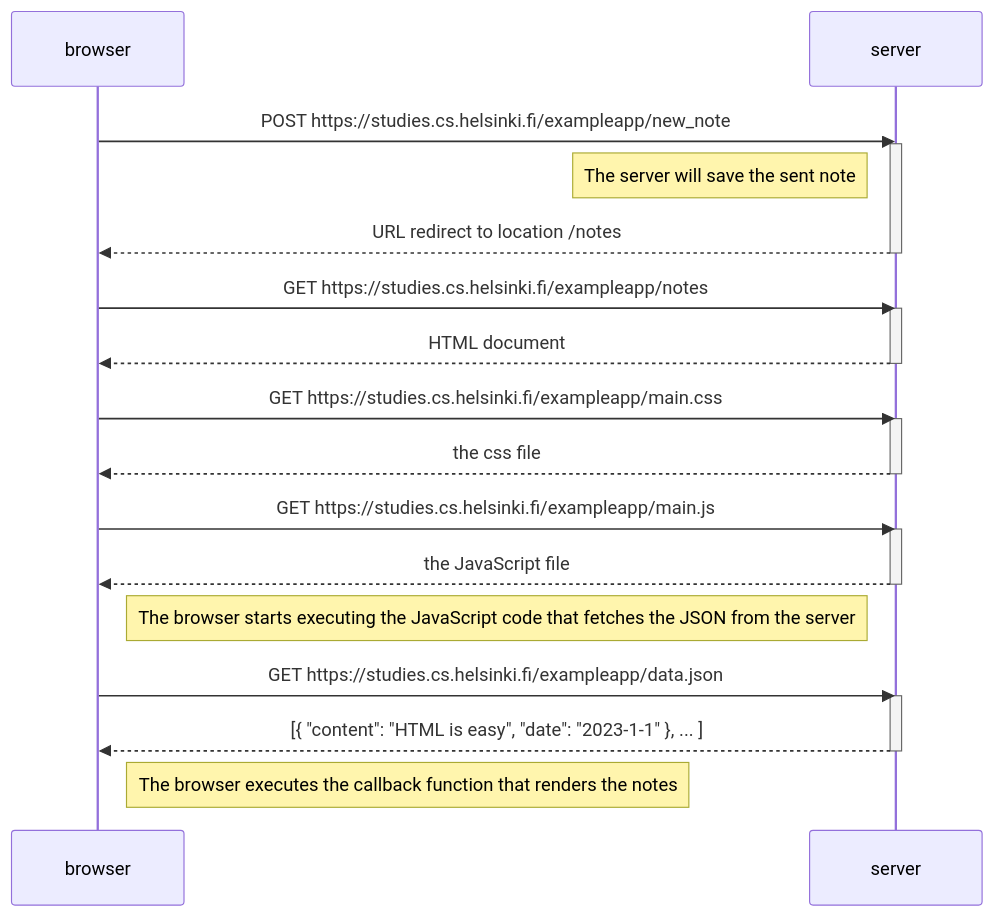
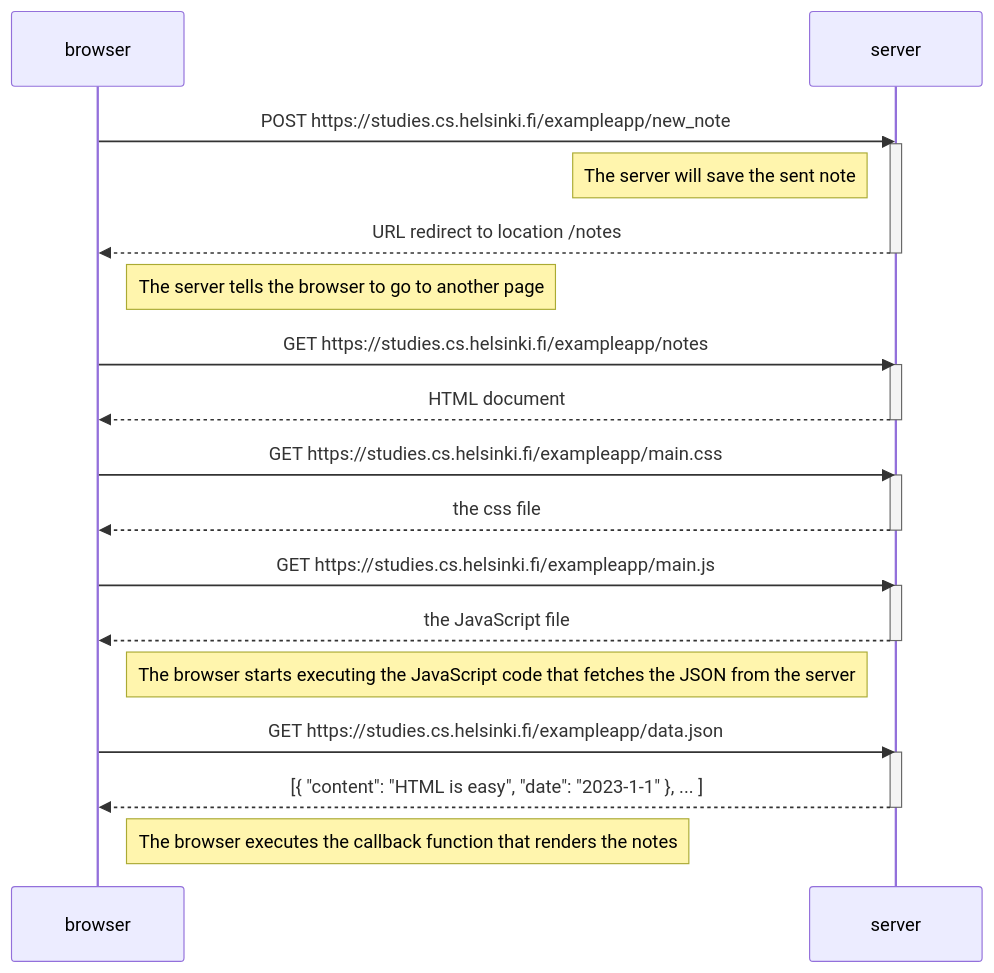
The diagram in part0/exercise04.md (chmromano/fullStackOpen), drawn with Mermaid before and after one commit. The commit also changed 3 other files, not shown here.

````diff
--- a/part0/exercise04.md
+++ b/part0/exercise04.md
@@ -1,37 +1,39 @@
 ```mermaid
 
 sequenceDiagram
 participant browser
 participant server
 
     browser->>server: POST https://studies.cs.helsinki.fi/exampleapp/new_note
     activate server
     Note left of server: The server will save the sent note
     server-->>browser: URL redirect to location /notes
     deactivate server
+
+    Note right of browser: The server tells the browser to go to another page
 
     browser->>server: GET https://studies.cs.helsinki.fi/exampleapp/notes
     activate server
     server-->>browser: HTML document
     deactivate server
 
     browser->>server: GET https://studies.cs.helsinki.fi/exampleapp/main.css
     activate server
     server-->>browser: the css file
     deactivate server
 
     browser->>server: GET https://studies.cs.helsinki.fi/exampleapp/main.js
     activate server
     server-->>browser: the JavaScript file
     deactivate server
 
     Note right of browser: The browser starts executing the JavaScript code that fetches the JSON from the server
 
     browser->>server: GET https://studies.cs.helsinki.fi/exampleapp/data.json
     activate server
     server-->>browser: [{ "content": "HTML is easy", "date": "2023-1-1" }, ... ]
     deactivate server
 
     Note right of browser: The browser executes the callback function that renders the notes
 
 ```
````
